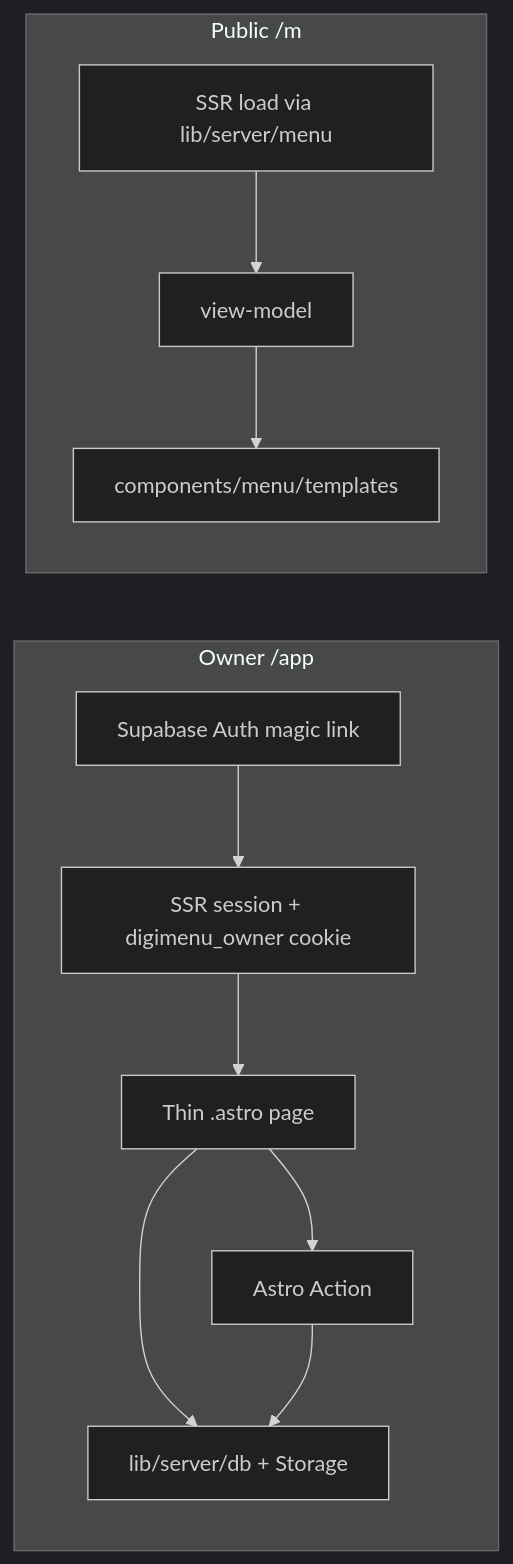
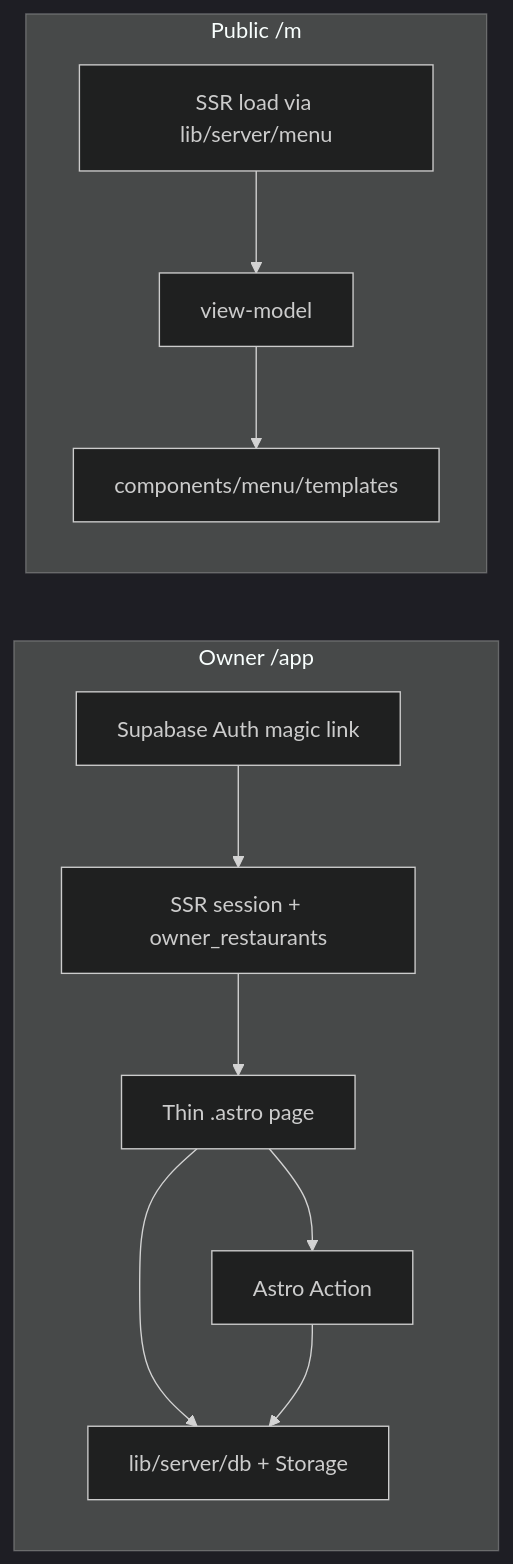
One commit to nachomallavia/digimenu-v2 changed the second of 2 diagrams in AGENTS.md. Above: the diagram before and after it, drawn with Mermaid (dark theme). The commit also changed other lines of this file and 8 other files, not shown here.

First line of the commit message:
DIG-13: add requireOwner tenancy without owner cookie.

````diff
--- a/AGENTS.md
+++ b/AGENTS.md
@@ -135,14 +135,14 @@
 ```mermaid
 flowchart LR
   subgraph owner [Owner /app]
-    A[Supabase Auth magic link] --> B[SSR session + digimenu_owner cookie]
+    A[Supabase Auth magic link] --> B[SSR session + owner_restaurants]
     B --> C[Thin .astro page]
     C --> D[lib/server/db + Storage]
     C --> E[Astro Action]
     E --> D
   end
   subgraph public [Public /m]
     F[SSR load via lib/server/menu] --> G[view-model]
     G --> H[components/menu/templates]
   end
 ```
````
